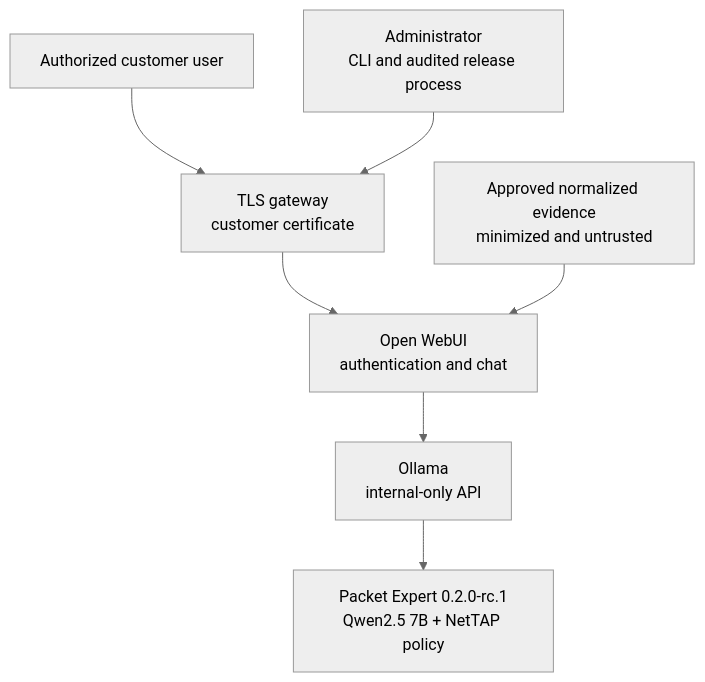
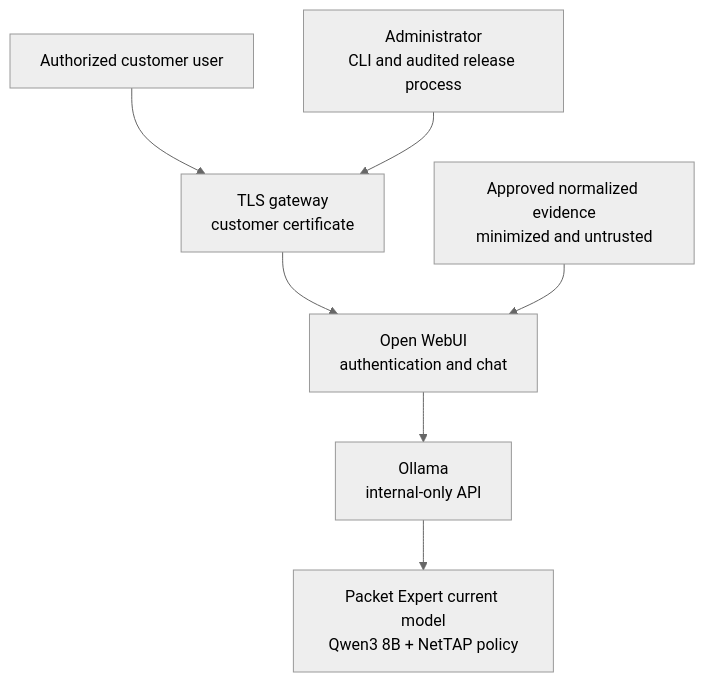
Before and after one commit to mpdwyer2367/nettap-packet-expert: the diagram in README.md, drawn with Mermaid (neutral theme). The commit also changed other lines of this file and 37 other files, not shown here.

Commit message:
feat: sync Packet Expert Qwen3 deployment

````diff
--- a/README.md
+++ b/README.md
@@ -24,9 +24,9 @@
 ```mermaid
 flowchart TB
     U["Authorized customer user"] --> G["TLS gateway<br/>customer certificate"]
     G --> W["Open WebUI<br/>authentication and chat"]
     W --> O["Ollama<br/>internal-only API"]
-    O --> M["Packet Expert 0.2.0-rc.1<br/>Qwen2.5 7B + NetTAP policy"]
+    O --> M["Packet Expert current model<br/>Qwen3 8B + NetTAP policy"]
     E["Approved normalized evidence<br/>minimized and untrusted"] --> W
     A["Administrator<br/>CLI and audited release process"] --> G
 ```
````
